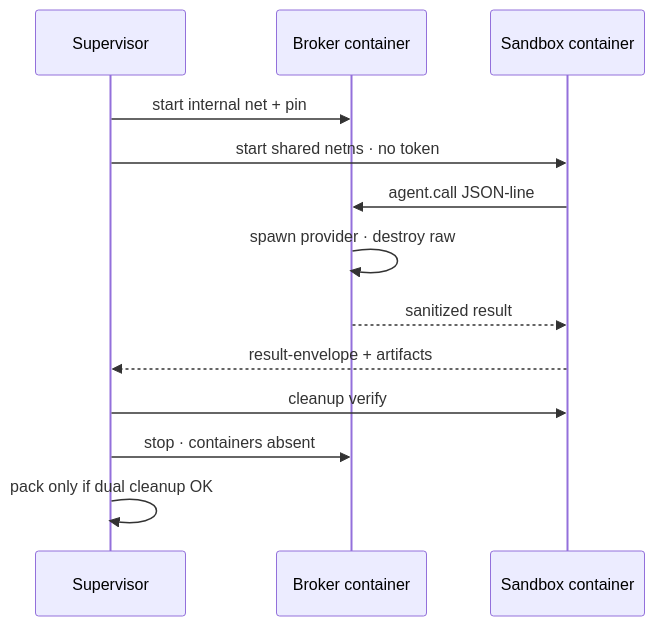
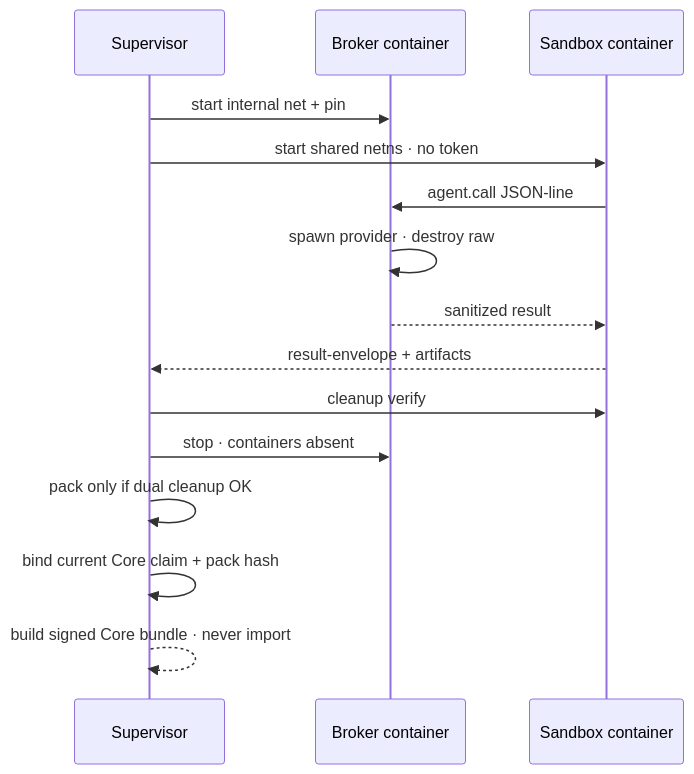
Before and after one commit to DandreYang/DyroEngineeringFlow: diagram 12 of 12 in README.de.md, drawn with Mermaid. The commit also changed other lines of this file and 44 other files, not shown here.

````diff
--- a/README.de.md
+++ b/README.de.md
@@ -275,16 +286,18 @@
 ```mermaid
 sequenceDiagram
   participant S as Supervisor
   participant B as Broker container
   participant W as Sandbox container
 
   S->>B: start internal net + pin
   S->>W: start shared netns · no token
   W->>B: agent.call JSON-line
   B->>B: spawn provider · destroy raw
   B-->>W: sanitized result
   W-->>S: result-envelope + artifacts
   S->>W: cleanup verify
   S->>B: stop · containers absent
   S->>S: pack only if dual cleanup OK
+  S->>S: bind current Core claim + pack hash
+  S-->>S: build signed Core bundle · never import
 ```
````
